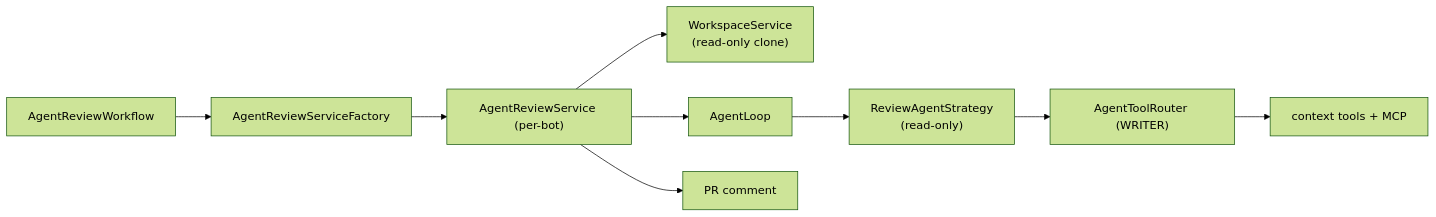
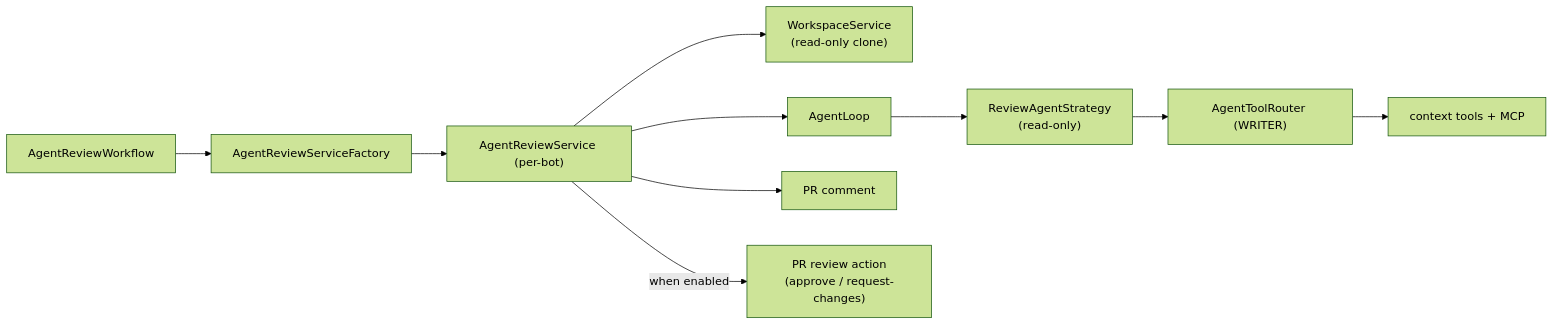
The diagram in doc/PR_WORKFLOWS_AGENTIC_REVIEW.md (tmseidel/ai-git-bot), drawn with Mermaid (forest theme) before and after one commit. The commit also changed other lines of this file and 8 other files, not shown here.

````diff
--- a/doc/PR_WORKFLOWS_AGENTIC_REVIEW.md
+++ b/doc/PR_WORKFLOWS_AGENTIC_REVIEW.md
@@ -37,11 +38,12 @@
 ```mermaid
 flowchart LR
     WF["AgentReviewWorkflow"] --> Factory["AgentReviewServiceFactory"]
     Factory --> Svc["AgentReviewService (per-bot)"]
     Svc --> WS["WorkspaceService<br/>(read-only clone)"]
     Svc --> Loop["AgentLoop"]
     Loop --> Strat["ReviewAgentStrategy<br/>(read-only)"]
     Strat --> Router["AgentToolRouter (WRITER)"]
     Router --> Tools["context tools + MCP"]
     Svc --> Comment["PR comment"]
+    Svc --> |when enabled| Action["PR review action<br/>(approve / request-changes)"]
 ```
````
